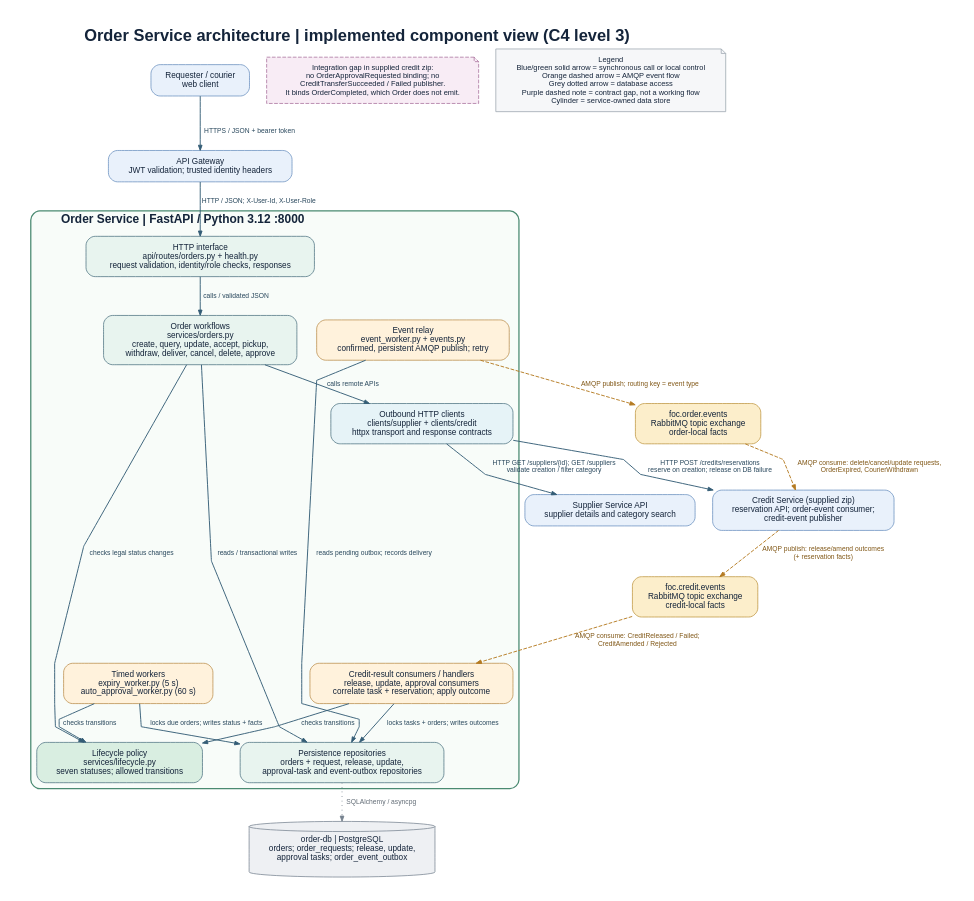
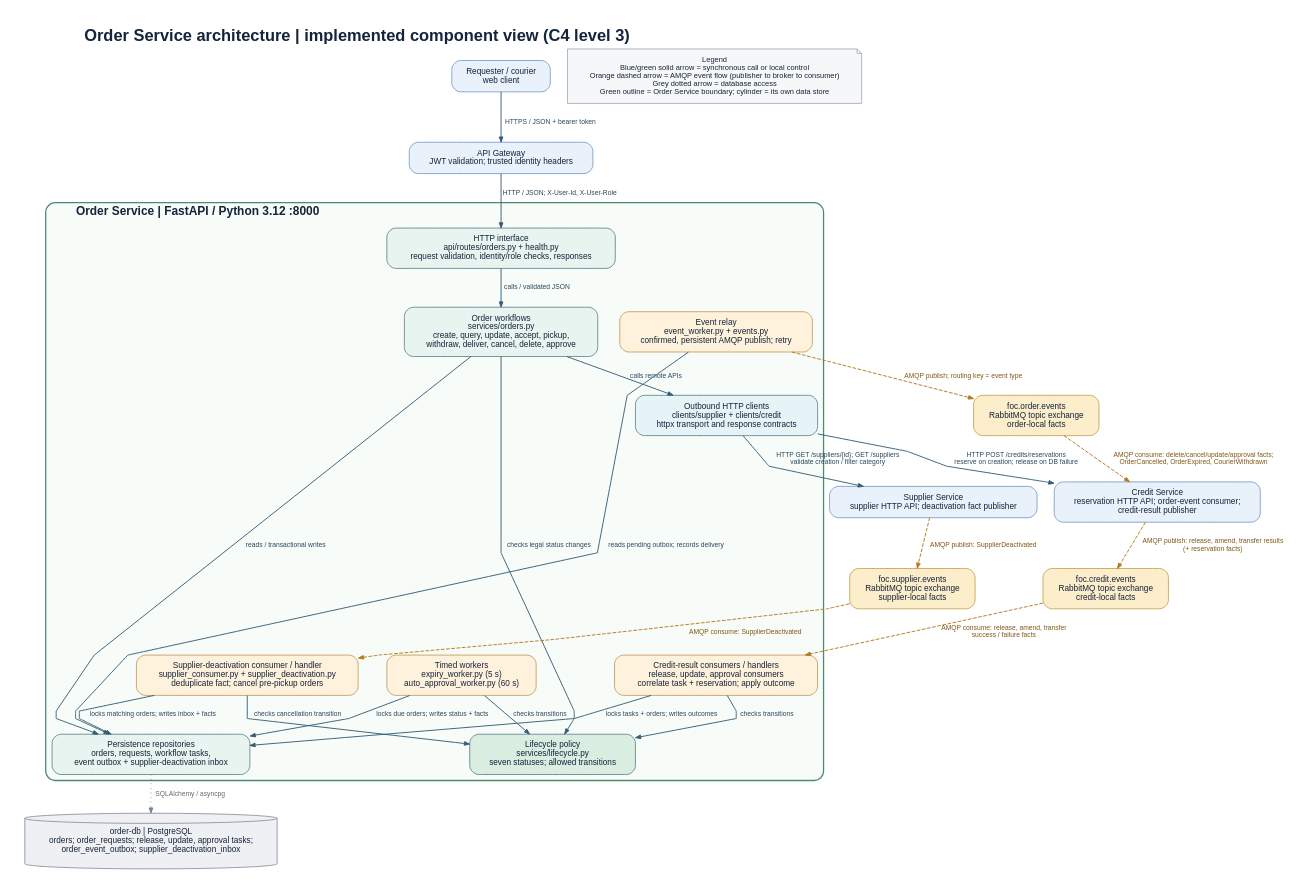
Before and after one commit to Y2627S1-CS3219-P31/FoC-31: the diagram in order-service/docs/order-service-architecture.dot, drawn with Graphviz. The commit also changed 4 other files, not shown here.

Commit message:
Added order lifecycle and architecture diagram

```diff
--- a/order-service/docs/order-service-architecture.dot
+++ b/order-service/docs/order-service-architecture.dot
@@ -1,58 +1,63 @@
-// AI-INFLUENCED: Order Service architecture diagram drawn with Codex from the implemented code and supplied course materials.
+// AI-INFLUENCED: Order Service architecture diagram updated with Codex from current code, D1 project requirements, and course materials.
 digraph OrderServiceArchitecture {
   graph [
     label="Order Service architecture | implemented component view (C4 level 3)",
     labelloc=t, labeljust=l, fontsize=22, fontname="Helvetica-Bold",
     fontcolor="#14243a", bgcolor="white", pad=0.35, rankdir=TB,
     compound=true, newrank=true, splines=polyline, nodesep=0.32, ranksep=0.58
   ];
   node [shape=box, style="rounded,filled", fontname="Helvetica", fontsize=11,
         color="#4c7180", fillcolor="#e8f4ef", fontcolor="#14243a", margin="0.18,0.12"];
   edge [fontname="Helvetica", fontsize=9, color="#345d76", fontcolor="#28475c", arrowsize=0.7, penwidth=1.25];
 
   users [label="Requester / courier\nweb client", fillcolor="#e9f1fb", color="#678dbd"];
   gateway [label="API Gateway\nJWT validation; trusted identity headers", fillcolor="#e9f1fb", color="#678dbd"];
-  supplier [label="Supplier Service API\nsupplier details and category search", fillcolor="#e9f1fb", color="#678dbd"];
-  credit [label="Credit Service (supplied zip)\nreservation API; order-event consumer;\ncredit-event publisher", fillcolor="#e9f1fb", color="#678dbd"];
+  supplier [label="Supplier Service\nsupplier HTTP API; deactivation fact publisher", fillcolor="#e9f1fb", color="#678dbd"];
+  credit [label="Credit Service\nreservation HTTP API; order-event consumer;\ncredit-result publisher", fillcolor="#e9f1fb", color="#678dbd"];
 
   subgraph cluster_order {
     label="Order Service | FastAPI / Python 3.12 :8000";
     labelloc=t; labeljust=l; fontsize=16; fontname="Helvetica-Bold";
     color="#4a8a71"; bgcolor="#f8fcf9"; style="rounded"; penwidth=1.7;
 
     api [label="HTTP interface\napi/routes/orders.py + health.py\nrequest validation, identity/role checks, responses"];
     workflow [label="Order workflows\nservices/orders.py\ncreate, query, update, accept, pickup,\nwithdraw, deliver, cancel, delete, approve"];
     lifecycle [label="Lifecycle policy\nservices/lifecycle.py\nseven statuses; allowed transitions", fillcolor="#d9eee1"];
     http_adapters [label="Outbound HTTP clients\nclients/supplier + clients/credit\nhttpx transport and response contracts", fillcolor="#e6f3f7"];
     timed [label="Timed workers\nexpiry_worker.py (5 s)\nauto_approval_worker.py (60 s)", fillcolor="#fff2dc", color="#ba8c49"];
     results [label="Credit-result consumers / handlers\nrelease, update, approval consumers\ncorrelate task + reservation; apply outcome", fillcolor="#fff2dc", color="#ba8c49"];
-    repos [label="Persistence repositories\norders + request, release, update,\napproval-task and event-outbox repositories"];
+    supplier_listener [label="Supplier-deactivation consumer / handler\nsupplier_consumer.py + supplier_deactivation.py\ndeduplicate fact; cancel pre-pickup orders", fillcolor="#fff2dc", color="#ba8c49"];
+    repos [label="Persistence repositories\norders, requests, workflow tasks,\nevent outbox + supplier-deactivation inbox"];
     relay [label="Event relay\nevent_worker.py + events.py\nconfirmed, persistent AMQP publish; retry", fillcolor="#fff2dc", color="#ba8c49"];
 
     api -> workflow [label="calls / validated JSON"];
     workflow -> lifecycle [label="checks legal status changes"];
     workflow -> http_adapters [label="calls remote APIs"];
     workflow -> repos [label="reads / transactional writes"];
     timed -> lifecycle [label="checks transitions"];
     timed -> repos [label="locks due orders; writes status + facts"];
     results -> lifecycle [label="checks transitions"];
     results -> repos [label="locks tasks + orders; writes outcomes"];
+    supplier_listener -> lifecycle [label="checks cancellation transition"];
+    supplier_listener -> repos [label="locks matching orders; writes inbox + facts"];
     relay -> repos [label="reads pending outbox; records delivery"];
   }
 
-  db [shape=cylinder, style=filled, label="order-db | PostgreSQL\norders; order_requests; release, update,\napproval tasks; order_event_outbox", fillcolor="#eef0f3", color="#778390"];
+  db [shape=cylinder, style=filled, label="order-db | PostgreSQL\norders; order_requests; release, update, approval tasks;\norder_event_outbox; supplier_deactivation_inbox", fillcolor="#eef0f3", color="#778390"];
   order_x [label="foc.order.events\nRabbitMQ topic exchange\norder-local facts", fillcolor="#fceecb", color="#bd943d"];
   credit_x [label="foc.credit.events\nRabbitMQ topic exchange\ncredit-local facts", fillcolor="#fceecb", color="#bd943d"];
-  gap [shape=note, style="filled,dashed", label="Integration gap in supplied credit zip:\nno OrderApprovalRequested binding; no\nCreditTransferSucceeded / Failed publisher.\nIt binds OrderCompleted, which Order does not emit.", fillcolor="#f8ecf5", color="#a76c99", fontsize=10];
-  legend [shape=note, style=filled, label="Legend\nBlue/green solid arrow = synchronous call or local control\nOrange dashed arrow = AMQP event flow\nGrey dotted arrow = database access\nPurple dashed note = contract gap, not a working flow\nCylinder = service-owned data store", fillcolor="#f6f7f9", color="#9aa4ae", fontsize=10];
+  supplier_x [label="foc.supplier.events\nRabbitMQ topic exchange\nsupplier-local facts", fillcolor="#fceecb", color="#bd943d"];
+  legend [shape=note, style=filled, label="Legend\nBlue/green solid arrow = synchronous call or local control\nOrange dashed arrow = AMQP event flow (publisher to broker to consumer)\nGrey dotted arrow = database access\nGreen outline = Order Service boundary; cylinder = its own data store", fillcolor="#f6f7f9", color="#9aa4ae", fontsize=10];
 
   users -> gateway [label="HTTPS / JSON + bearer token"];
   gateway -> api [label="HTTP / JSON; X-User-Id, X-User-Role"];
   http_adapters -> supplier [label="HTTP GET /suppliers/{id}; GET /suppliers\nvalidate creation / filter category"];
   http_adapters -> credit [label="HTTP POST /credits/reservations\nreserve on creation; release on DB failure"];
   repos -> db [label="SQLAlchemy / asyncpg", style=dotted, color="#778390", fontcolor="#626c76"];
   relay -> order_x [label="AMQP publish; routing key = event type", style=dashed, color="#b47a21", fontcolor="#805716"];
-  order_x -> credit [label="AMQP consume: delete/cancel/update requests,\nOrderExpired, CourierWithdrawn", style=dashed, color="#b47a21", fontcolor="#805716"];
-  credit -> credit_x [label="AMQP publish: release/amend outcomes\n(+ reservation facts)", style=dashed, color="#b47a21", fontcolor="#805716"];
-  credit_x -> results [label="AMQP consume: CreditReleased / Failed;\nCreditAmended / Rejected", style=dashed, color="#b47a21", fontcolor="#805716"];
+  order_x -> credit [label="AMQP consume: delete/cancel/update/approval facts;\nOrderCancelled, OrderExpired, CourierWithdrawn", style=dashed, color="#b47a21", fontcolor="#805716"];
+  credit -> credit_x [label="AMQP publish: release, amend, transfer results\n(+ reservation facts)", style=dashed, color="#b47a21", fontcolor="#805716"];
+  credit_x -> results [label="AMQP consume: release, amend, transfer\nsuccess / failure facts", style=dashed, color="#b47a21", fontcolor="#805716"];
+  supplier -> supplier_x [label="AMQP publish: SupplierDeactivated", style=dashed, color="#b47a21", fontcolor="#805716"];
+  supplier_x -> supplier_listener [label="AMQP consume: SupplierDeactivated", style=dashed, color="#b47a21", fontcolor="#805716"];
 }
```
